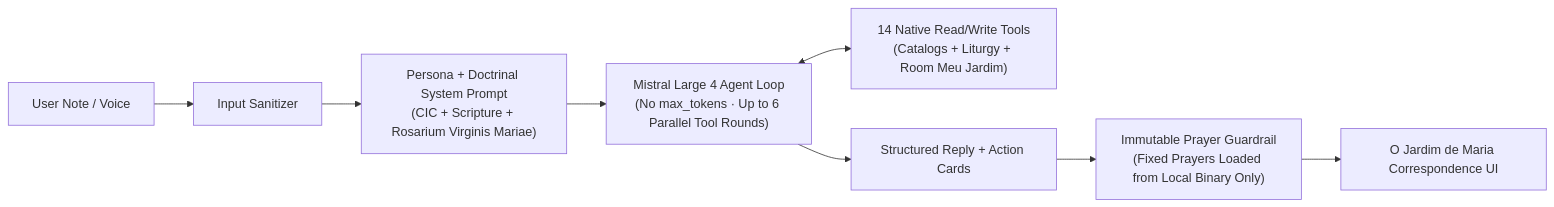
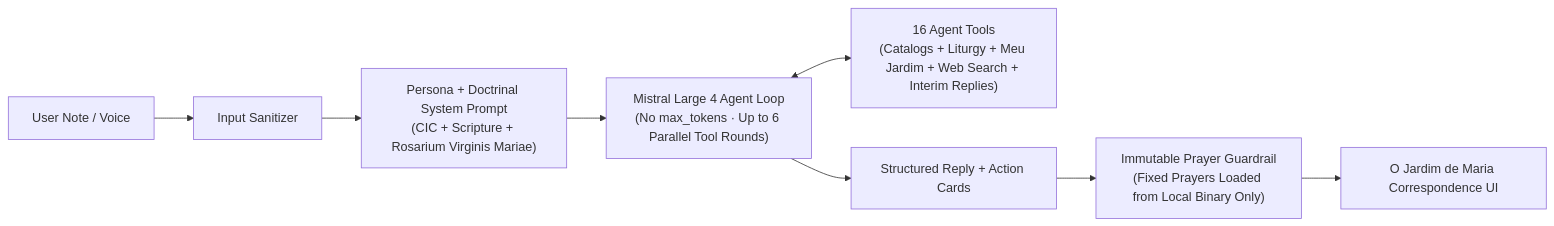
The diagram in docs/lumen-ai.md (mariajunqueiramirandas-cpu/Sertum-Rosarum), drawn with Mermaid before and after one commit. The commit also changed other lines of this file and 13 other files, not shown here.

Commit message:
Stream catechist replies and add web prayer search

````diff
--- a/docs/lumen-ai.md
+++ b/docs/lumen-ai.md
@@ -57,10 +59,10 @@
 ```mermaid
 flowchart LR
     Input["User Note / Voice"] --> Sanitizer["Input Sanitizer"]
     Sanitizer --> Prompt["Persona + Doctrinal System Prompt\n(CIC + Scripture + Rosarium Virginis Mariae)"]
     Prompt --> Loop["Mistral Large 4 Agent Loop\n(No max_tokens · Up to 6 Parallel Tool Rounds)"]
-    Loop <--> Tools["14 Native Read/Write Tools\n(Catalogs + Liturgy + Room Meu Jardim)"]
+    Loop <--> Tools["16 Agent Tools\n(Catalogs + Liturgy + Meu Jardim + Web Search + Interim Replies)"]
     Loop --> Parser["Structured Reply + Action Cards"]
     Parser --> Guard["Immutable Prayer Guardrail\n(Fixed Prayers Loaded from Local Binary Only)"]
     Guard --> UI["O Jardim de Maria Correspondence UI"]
 ```
````
